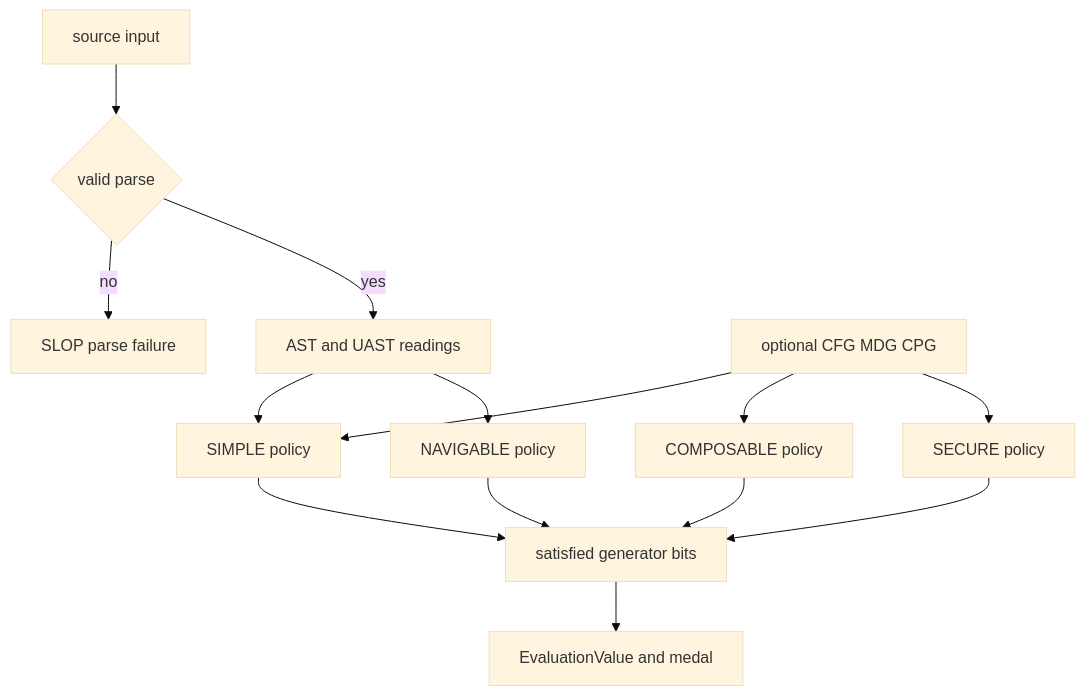
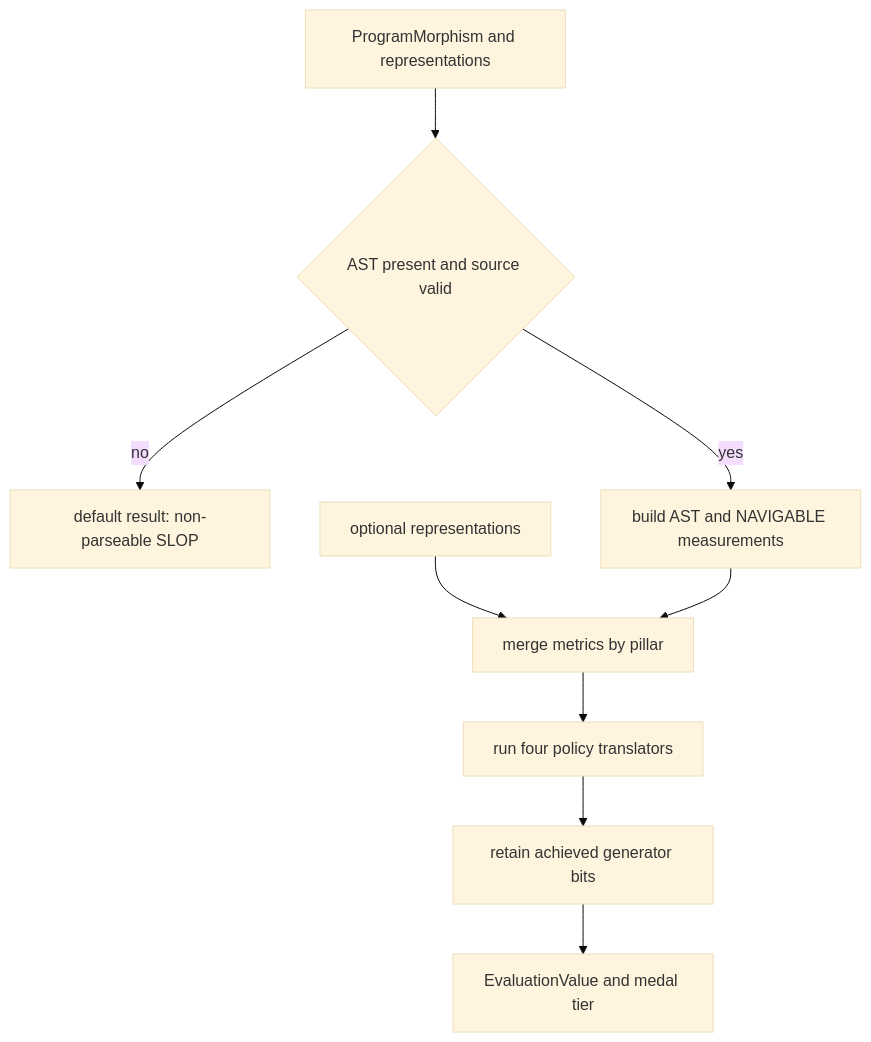
One commit to Krv-Labs/topos changed the diagram in openwiki/domain/quality-model.md. Above: the diagram before and after it, drawn with Mermaid (base theme). The commit also changed other lines of this file and 21 other files, not shown here.

````diff
--- a/openwiki/domain/quality-model.md
+++ b/openwiki/domain/quality-model.md
@@ -65,16 +62,11 @@
 ```mermaid
 flowchart TD
-    Source["source input"] --> Parse{"valid parse"}
-    Parse -->|no| Slop["SLOP parse failure"]
-    Parse -->|yes| UAST["AST and UAST readings"]
-    UAST --> Simple["SIMPLE policy"]
-    UAST --> Navigable["NAVIGABLE policy"]
-    Extra["optional CFG MDG CPG"] --> Simple
-    Extra --> Composable["COMPOSABLE policy"]
-    Extra --> Secure["SECURE policy"]
-    Simple --> Verdict["satisfied generator bits"]
-    Composable --> Verdict
-    Secure --> Verdict
-    Navigable --> Verdict
-    Verdict --> Omega["EvaluationValue and medal"]
+    Source["ProgramMorphism and representations"] --> Valid{"AST present and source valid"}
+    Valid -->|no| ParseFail["default result: non-parseable SLOP"]
+    Valid -->|yes| Local["build AST and NAVIGABLE measurements"]
+    Extra["optional representations"] --> Merge["merge metrics by pillar"]
+    Local --> Merge
+    Merge --> Policies["run four policy translators"]
+    Policies --> Bits["retain achieved generator bits"]
+    Bits --> Verdict["EvaluationValue and medal tier"]
 ```
````
